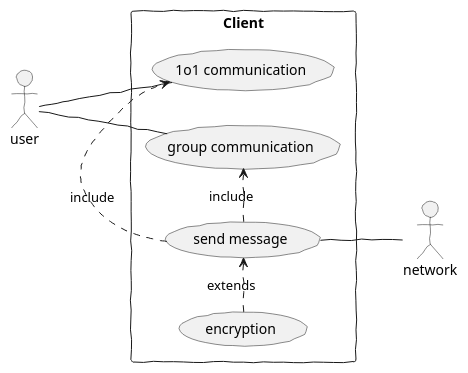
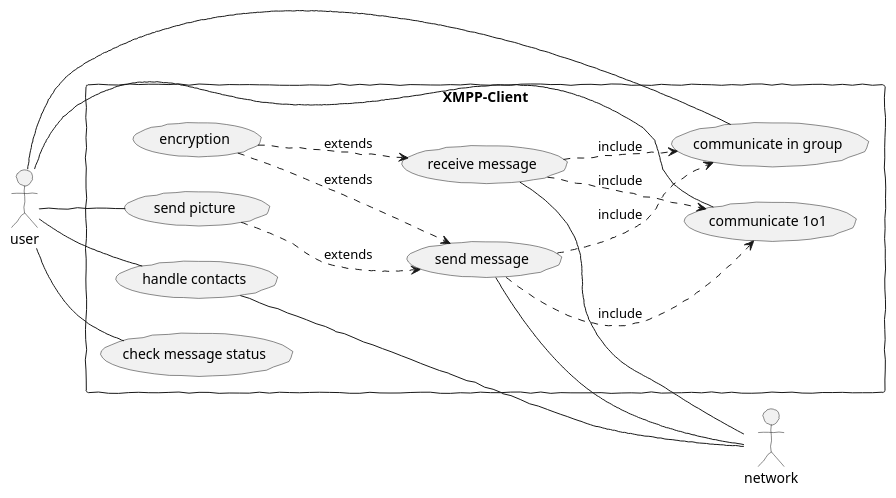
One commit to geobra/harbour-shmoose changed the diagram in doc/architecture/images/use_case.plantuml. Above: the diagram before and after it, drawn with PlantUML.

Commit message:
use case update

```diff
--- a/doc/architecture/images/use_case.plantuml
+++ b/doc/architecture/images/use_case.plantuml
@@ -1,15 +1,24 @@
 @startuml
 skinparam handwritten true
 left to right direction
 skinparam packageStyle rectangle
 actor user
 actor network
-rectangle Client{
-  user -- (1o1 communication)
-  user -- (group communication)
-  (send message) .> (1o1 communication) : include
-  (send message) .> (group communication) : include
-  (encryption) .> (send message) : extends
+rectangle XMPP-Client{
+  user -- (communicate 1o1)
+  user -- (communicate in group)
+  user -- (check message status)
+  user -- (send picture)
+  user -- (handle contacts)
+  (send message) ..> (communicate 1o1) : include
+  (send message) ..> (communicate in group) : include
+  (receive message) ..> (communicate 1o1) : include
+  (receive message) ..> (communicate in group) : include
+  (encryption) ..> (send message) : extends
+  (encryption) ..> (receive message) : extends
+  (send picture) ..> (send message) : extends
   (send message) -- network
+  (receive message) -- network
+  (handle contacts) -- network
 }
 @enduml
```
